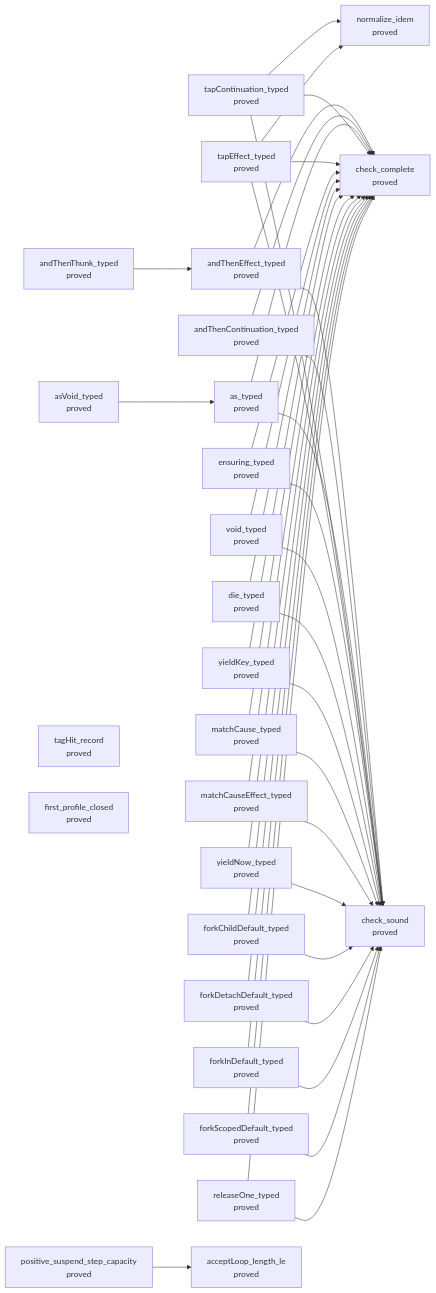
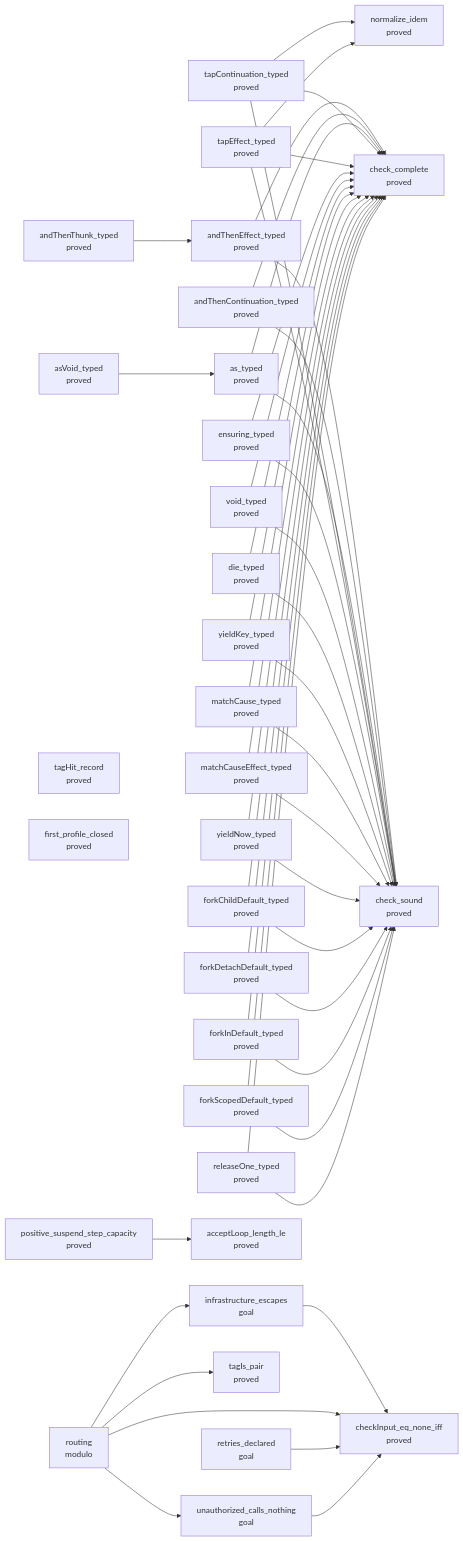
Before and after one commit to pure-algebra/lean4-effect4: the tenth of 13 diagrams in generated/semantics.md, drawn with Mermaid. The commit also changed other lines of this file and 5 other files, not shown here.

````diff
--- a/generated/semantics.md
+++ b/generated/semantics.md
@@ -2762,68 +2838,81 @@
 ```mermaid
 flowchart LR
   n0["andThenEffect_typed<br/>proved"]
   n1["andThenContinuation_typed<br/>proved"]
   n2["andThenThunk_typed<br/>proved"]
   n3["as_typed<br/>proved"]
   n4["asVoid_typed<br/>proved"]
   n5["tapContinuation_typed<br/>proved"]
   n6["tapEffect_typed<br/>proved"]
   n7["ensuring_typed<br/>proved"]
   n8["void_typed<br/>proved"]
   n9["die_typed<br/>proved"]
   n10["yieldKey_typed<br/>proved"]
   n11["matchCause_typed<br/>proved"]
   n12["matchCauseEffect_typed<br/>proved"]
   n13["yieldNow_typed<br/>proved"]
   n14["forkChildDefault_typed<br/>proved"]
   n15["forkDetachDefault_typed<br/>proved"]
   n16["forkInDefault_typed<br/>proved"]
   n17["forkScopedDefault_typed<br/>proved"]
   n18["releaseOne_typed<br/>proved"]
   n19["tagHit_record<br/>proved"]
   n20["acceptLoop_length_le<br/>proved"]
   n21["first_profile_closed<br/>proved"]
   n22["positive_suspend_step_capacity<br/>proved"]
-  n23["check_sound<br/>proved"]
-  n24["check_complete<br/>proved"]
-  n25["normalize_idem<br/>proved"]
-  n0 --> n23
-  n0 --> n24
-  n1 --> n23
-  n1 --> n24
+  n23["infrastructure_escapes<br/>goal"]
+  n24["routing<br/>modulo"]
+  n25["tagIs_pair<br/>proved"]
+  n26["retries_declared<br/>goal"]
+  n27["check_sound<br/>proved"]
+  n28["check_complete<br/>proved"]
+  n29["normalize_idem<br/>proved"]
+  n30["checkInput_eq_none_iff<br/>proved"]
+  n31["unauthorized_calls_nothing<br/>goal"]
+  n0 --> n27
+  n0 --> n28
+  n1 --> n27
+  n1 --> n28
   n2 --> n0
-  n3 --> n23
-  n3 --> n24
+  n3 --> n27
+  n3 --> n28
   n4 --> n3
-  n5 --> n25
-  n5 --> n23
-  n5 --> n24
-  n6 --> n25
-  n6 --> n23
-  n6 --> n24
-  n7 --> n23
-  n7 --> n24
-  n8 --> n24
-  n8 --> n23
-  n9 --> n24
-  n9 --> n23
-  n10 --> n24
-  n10 --> n23
-  n11 --> n23
-  n11 --> n24
-  n12 --> n23
-  n12 --> n24
-  n13 --> n24
-  n13 --> n23
-  n14 --> n23
-  n14 --> n24
-  n15 --> n23
-  n15 --> n24
-  n16 --> n23
-  n16 --> n24
-  n17 --> n23
-  n17 --> n24
-  n18 --> n23
-  n18 --> n24
+  n5 --> n29
+  n5 --> n27
+  n5 --> n28
+  n6 --> n29
+  n6 --> n27
+  n6 --> n28
+  n7 --> n27
+  n7 --> n28
+  n8 --> n28
+  n8 --> n27
+  n9 --> n28
+  n9 --> n27
+  n10 --> n28
+  n10 --> n27
+  n11 --> n27
+  n11 --> n28
+  n12 --> n27
+  n12 --> n28
+  n13 --> n28
+  n13 --> n27
+  n14 --> n27
+  n14 --> n28
+  n15 --> n27
+  n15 --> n28
+  n16 --> n27
+  n16 --> n28
+  n17 --> n27
+  n17 --> n28
+  n18 --> n27
+  n18 --> n28
   n22 --> n20
+  n23 --> n30
+  n24 --> n31
+  n24 --> n23
+  n24 --> n25
+  n24 --> n30
+  n26 --> n30
+  n31 --> n30
 ```
````
